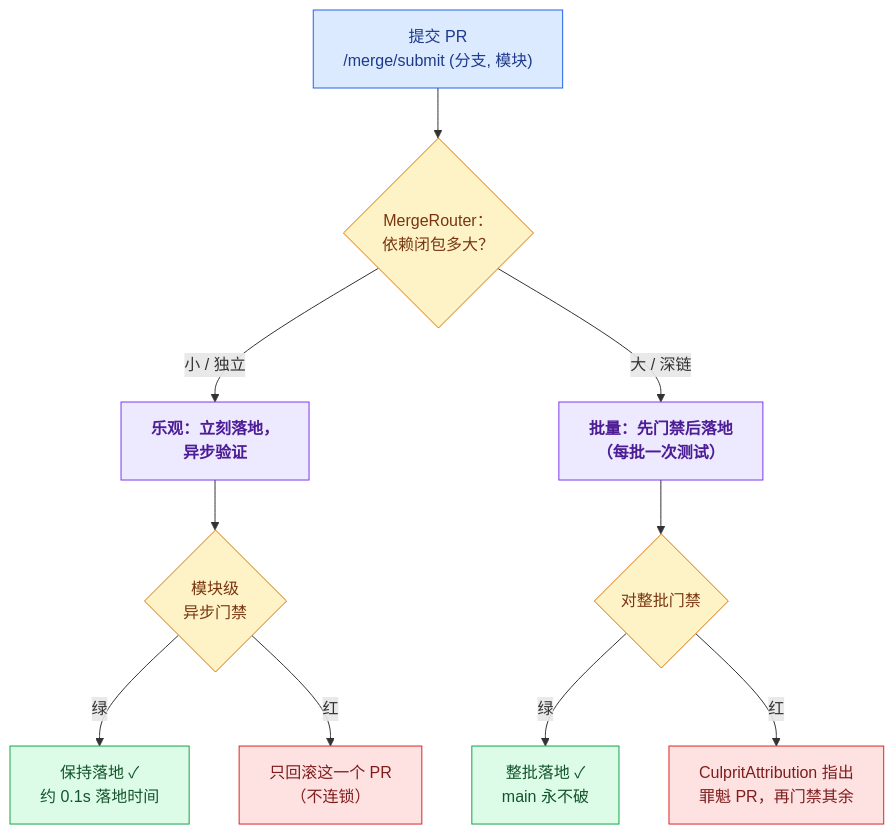
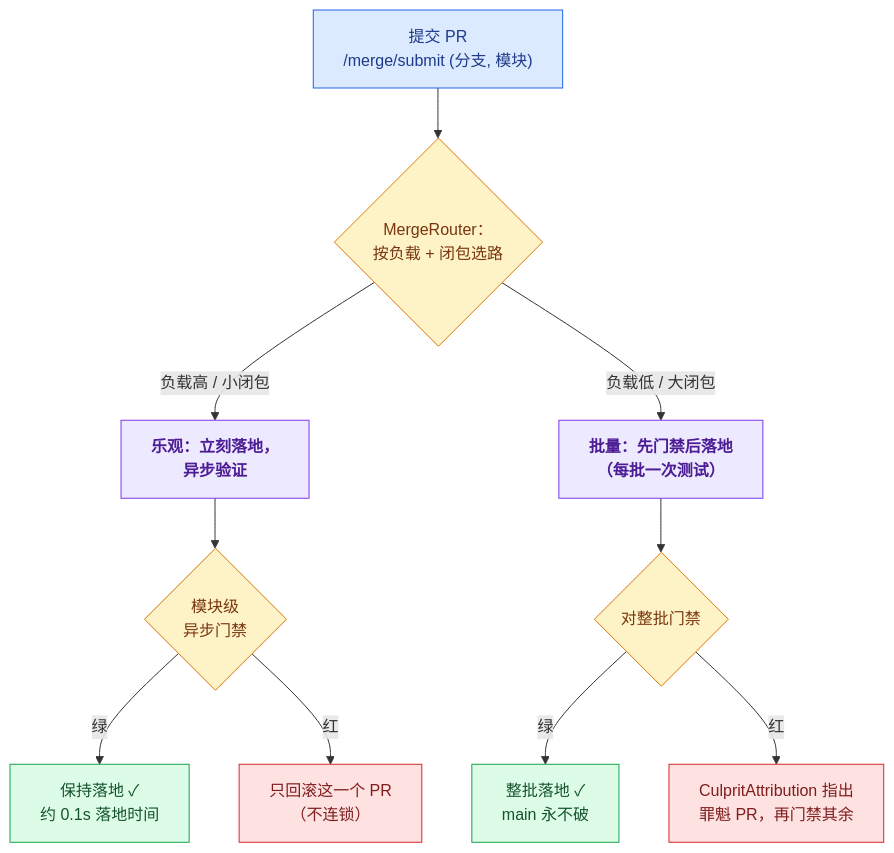
Before and after one commit to alexanderpaquette-byte/arxael: the ninth of 9 diagrams in docs/OVERVIEW.zh-CN.md, drawn with Mermaid. The commit also changed other lines of this file and 31 other files, not shown here.

````diff
--- a/docs/OVERVIEW.zh-CN.md
+++ b/docs/OVERVIEW.zh-CN.md
@@ -287,21 +277,21 @@
 ```mermaid
 flowchart TB
-    pr["提交 PR<br/>/merge/submit (分支, 模块)"]:::agent --> router{"MergeRouter：<br/>依赖闭包多大？"}:::gate
+    pr["提交 PR<br/>/merge/submit (分支, 模块)"]:::agent --> router{"MergeRouter：<br/>按负载 + 闭包选路"}:::gate
 
-    router -->|"小 / 独立"| opt["乐观：立刻落地，<br/>异步验证"]:::core
-    router -->|"大 / 深链"| batch["批量：先门禁后落地<br/>（每批一次测试）"]:::core
+    router -->|"负载高 / 小闭包"| opt["乐观：立刻落地，<br/>异步验证"]:::core
+    router -->|"负载低 / 大闭包"| batch["批量：先门禁后落地<br/>（每批一次测试）"]:::core
 
     opt --> ascan{"模块级<br/>异步门禁"}:::gate
     ascan -->|绿| done1["保持落地 ✓<br/>约 0.1s 落地时间"]:::good
     ascan -->|红| revert["只回滚这一个 PR<br/>（不连锁）"]:::bad
 
     batch --> bgate{"对整批门禁"}:::gate
     bgate -->|绿| done2["整批落地 ✓<br/>main 永不破"]:::good
     bgate -->|红| culprit["CulpritAttribution 指出<br/>罪魁 PR，再门禁其余"]:::bad
 
     classDef agent fill:#dbeafe,stroke:#2563eb,color:#1e3a8a
     classDef gate fill:#fef3c7,stroke:#d97706,color:#78350f
     classDef core fill:#ede9fe,stroke:#7c3aed,color:#4c1d95,font-weight:bold
     classDef good fill:#dcfce7,stroke:#16a34a,color:#14532d
     classDef bad fill:#fee2e2,stroke:#dc2626,color:#7f1d1d
 ```
````
